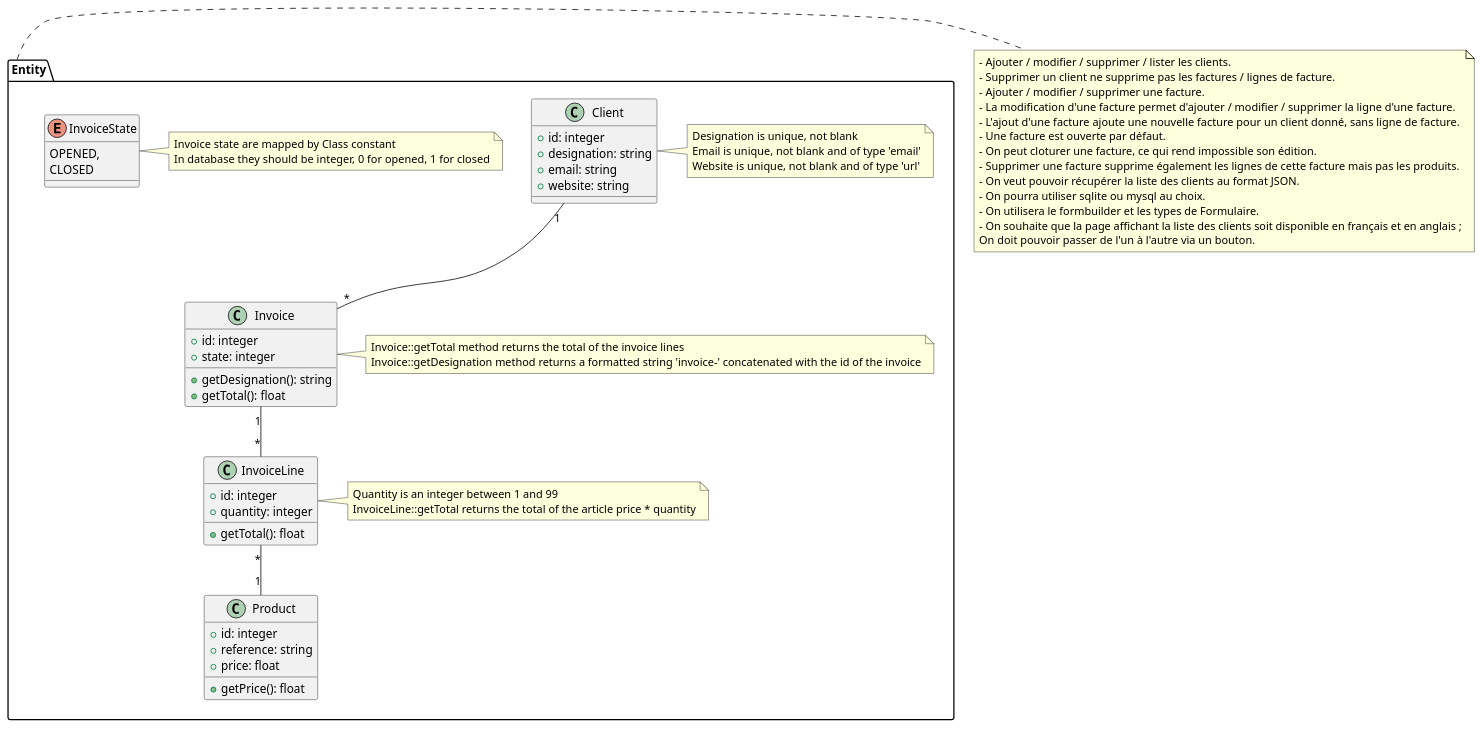
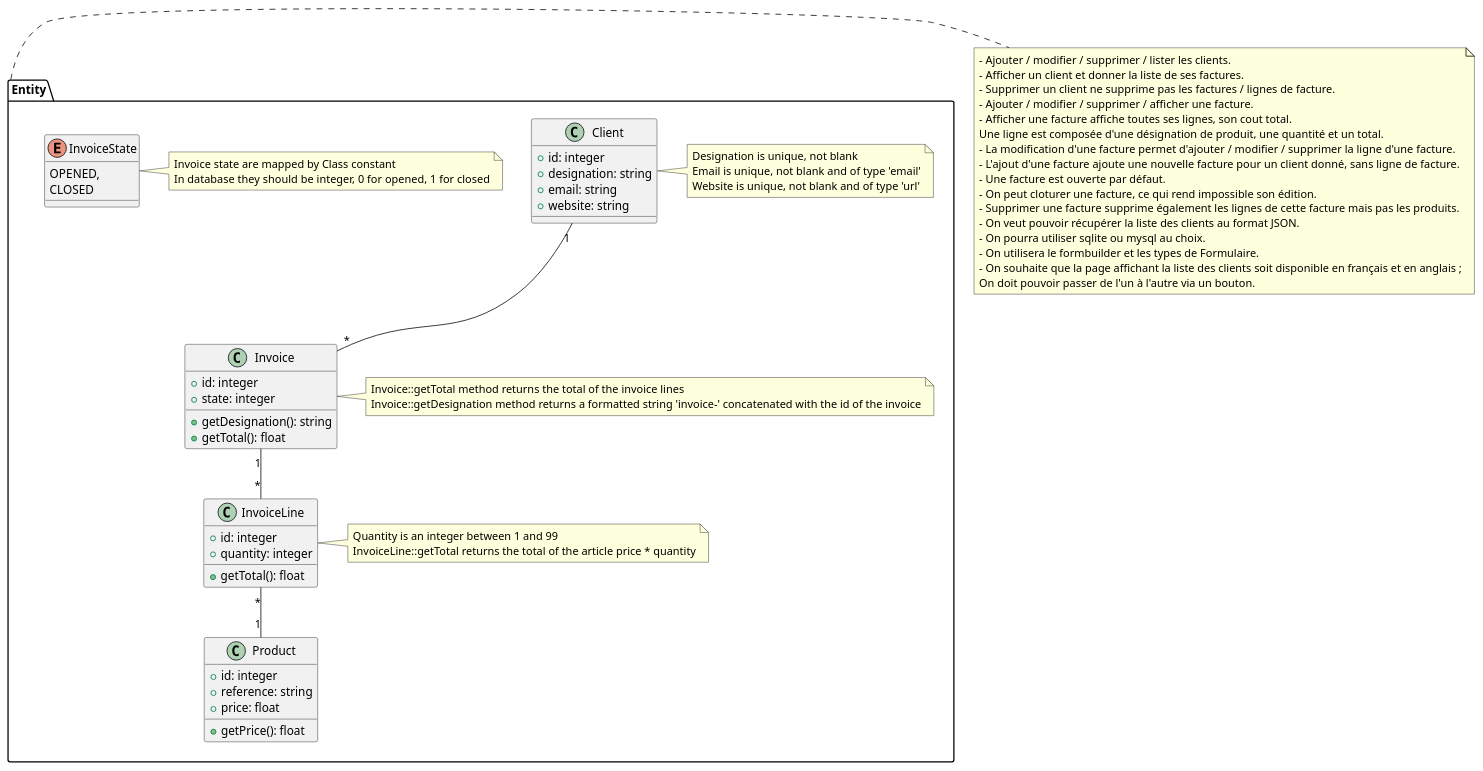
One commit to MaksJS/simplon_symfony changed the diagram in uml_ex1.plantuml. Above: the diagram before and after it, drawn with PlantUML.

```diff
--- a/uml_ex1.plantuml
+++ b/uml_ex1.plantuml
@@ -1,77 +1,80 @@
 @startuml
 namespace Entity {
 
     class Client {
         + id: integer
         + designation: string
         + email: string
         + website: string
     }
 
     class Invoice {
         + id: integer
         + state: integer
         + getDesignation(): string
         + getTotal(): float
     }
 
     class InvoiceLine {
         + id: integer
         + quantity: integer
         + getTotal(): float
     }
 
     class Product {
         + id: integer
         + reference: string
         + price: float
         + getPrice(): float
     }
 
     enum InvoiceState {
         OPENED,
         CLOSED
     }
 
     Client "1" -- "*" Invoice
     Invoice "1" -- "*" InvoiceLine
     InvoiceLine "*" -- "1" Product
 
     note right of Client 
         Designation is unique, not blank
         Email is unique, not blank and of type 'email'
         Website is unique, not blank and of type 'url'
     end note
 
     note right of Invoice 
         Invoice::getTotal method returns the total of the invoice lines
         Invoice::getDesignation method returns a formatted string 'invoice-' concatenated with the id of the invoice
     end note
 
     note right of InvoiceLine
         Quantity is an integer between 1 and 99
         InvoiceLine::getTotal returns the total of the article price * quantity
     end note
 
     note right of InvoiceState 
         Invoice state are mapped by Class constant
         In database they should be integer, 0 for opened, 1 for closed
     end note
 }
 
 note right of Entity
     - Ajouter / modifier / supprimer / lister les clients.
+    - Afficher un client et donner la liste de ses factures.
     - Supprimer un client ne supprime pas les factures / lignes de facture.
-    - Ajouter / modifier / supprimer une facture.
+    - Ajouter / modifier / supprimer / afficher une facture.
+    - Afficher une facture affiche toutes ses lignes, son cout total. 
+    Une ligne est composée d'une désignation de produit, une quantité et un total.
     - La modification d'une facture permet d'ajouter / modifier / supprimer la ligne d'une facture.
     - L'ajout d'une facture ajoute une nouvelle facture pour un client donné, sans ligne de facture.
     - Une facture est ouverte par défaut.
     - On peut cloturer une facture, ce qui rend impossible son édition.
     - Supprimer une facture supprime également les lignes de cette facture mais pas les produits.
     - On veut pouvoir récupérer la liste des clients au format JSON.
     - On pourra utiliser sqlite ou mysql au choix.
     - On utilisera le formbuilder et les types de Formulaire.
     - On souhaite que la page affichant la liste des clients soit disponible en français et en anglais ;
     On doit pouvoir passer de l'un à l'autre via un bouton.
 end note
 @enduml
```
